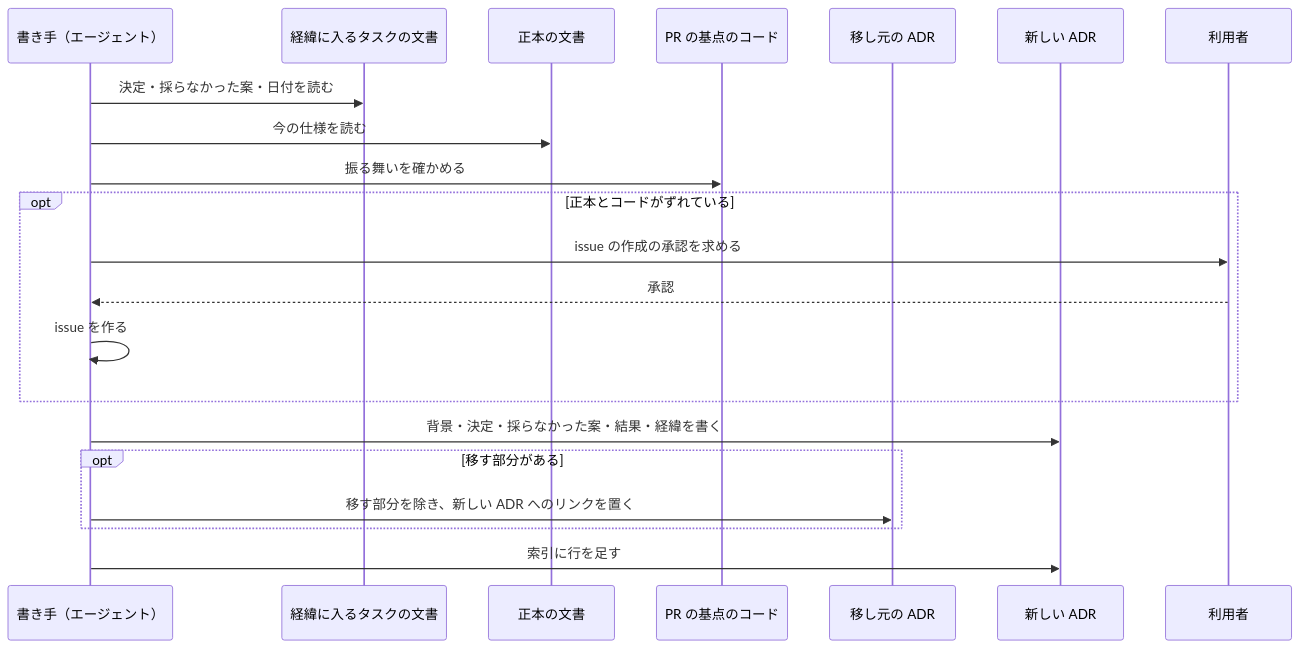
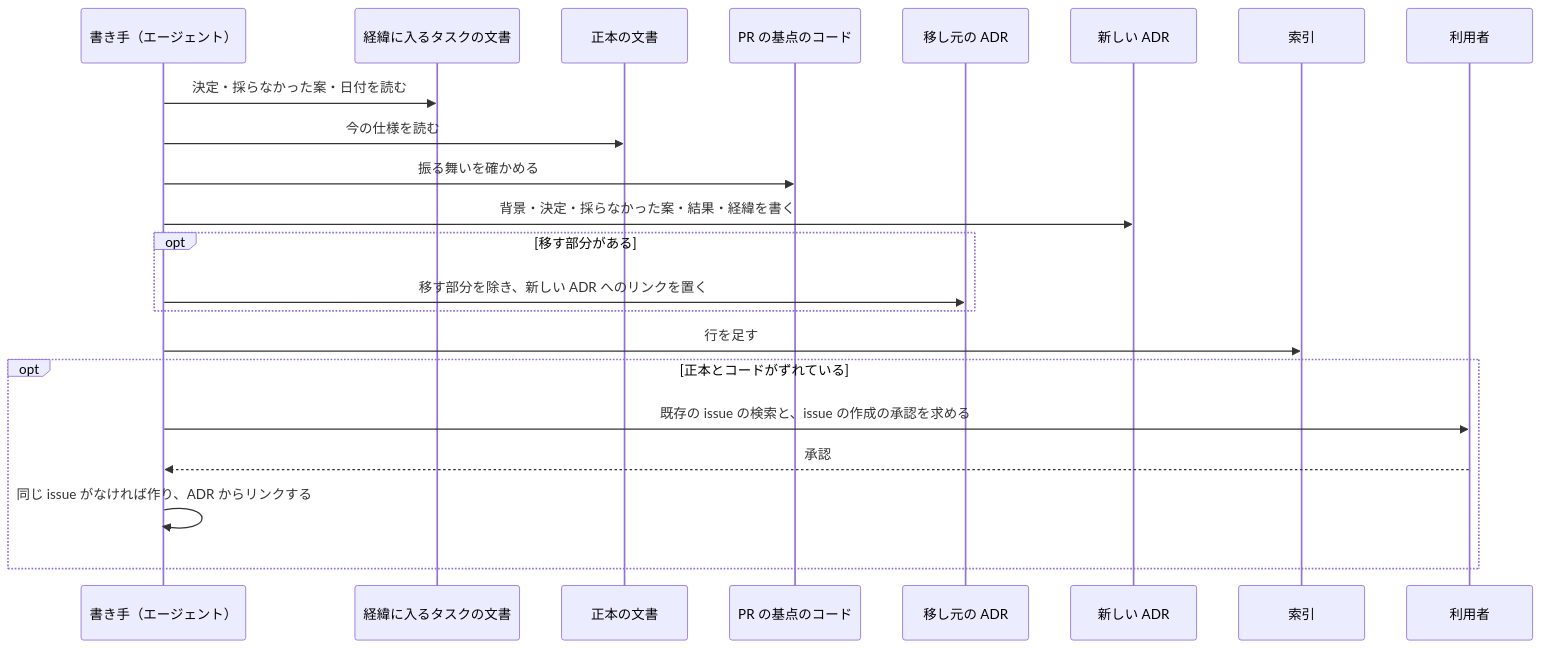
One commit to isseis/yt2column changed the third of 4 diagrams in docs/tasks/0065_adr_remaining/02_architecture.md. Above: the diagram before and after it, drawn with Mermaid. The commit also changed other lines of this file, not shown here.

````diff
--- a/docs/tasks/0065_adr_remaining/02_architecture.md
+++ b/docs/tasks/0065_adr_remaining/02_architecture.md
@@ -185,24 +193,25 @@
 ```mermaid
 sequenceDiagram
     participant W as 書き手（エージェント）
     participant T as 経緯に入るタスクの文書
     participant S as 正本の文書
     participant C as PR の基点のコード
     participant O as 移し元の ADR
     participant N as 新しい ADR
+    participant I as 索引
     participant H as 利用者
 
     W->>T: 決定・採らなかった案・日付を読む
     W->>S: 今の仕様を読む
     W->>C: 振る舞いを確かめる
-    opt 正本とコードがずれている
-        W->>H: issue の作成の承認を求める
-        H-->>W: 承認
-        W->>W: issue を作る
-    end
     W->>N: 背景・決定・採らなかった案・結果・経緯を書く
     opt 移す部分がある
         W->>O: 移す部分を除き、新しい ADR へのリンクを置く
     end
-    W->>N: 索引に行を足す
+    W->>I: 行を足す
+    opt 正本とコードがずれている
+        W->>H: 既存の issue の検索と、issue の作成の承認を求める
+        H-->>W: 承認
+        W->>W: 同じ issue がなければ作り、ADR からリンクする
+    end
 ```
````
